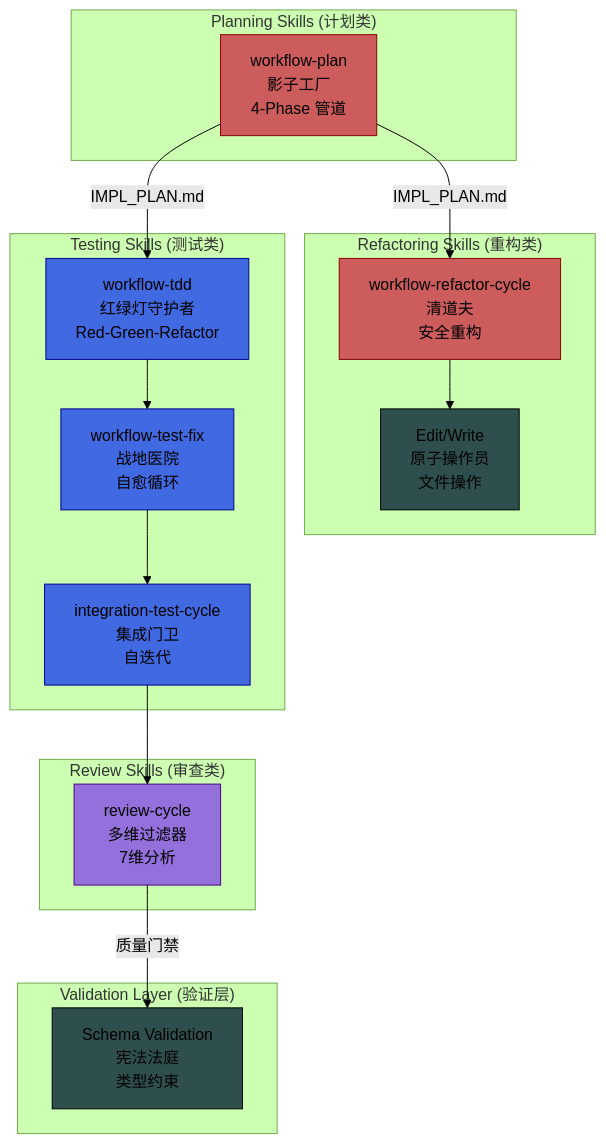
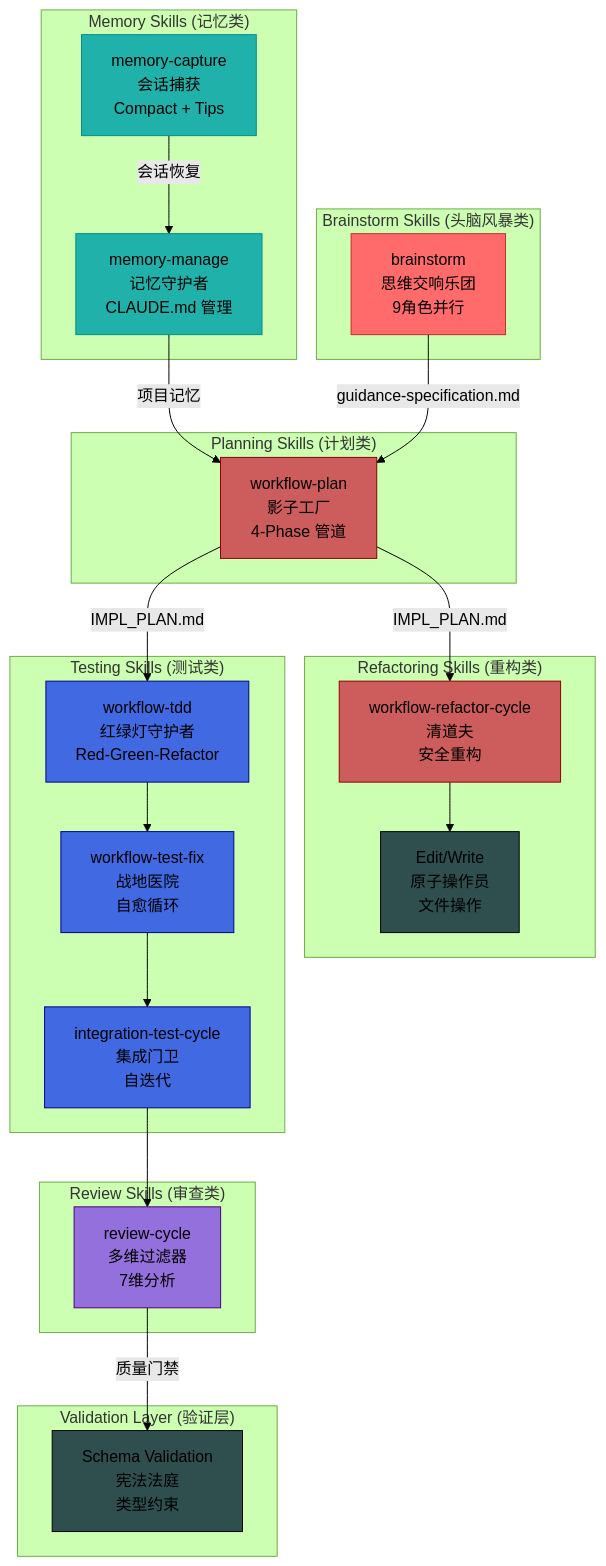
The diagram in docs/deep-study/part11-skills/INDEX.md (fenglimg/Claude-Code-Workflow), drawn with Mermaid (forest theme) before and after one commit. The commit also changed other lines of this file and 9 other files, not shown here.

````diff
--- a/docs/deep-study/part11-skills/INDEX.md
+++ b/docs/deep-study/part11-skills/INDEX.md
@@ -191,42 +228,57 @@
 ```mermaid
 graph TB
+    subgraph "Brainstorm Skills (头脑风暴类)"
+        F1["brainstorm<br/>思维交响乐团<br/>9角色并行"]
+    end
+
     subgraph "Planning Skills (计划类)"
         A1["workflow-plan<br/>影子工厂<br/>4-Phase 管道"]
     end
 
     subgraph "Refactoring Skills (重构类)"
         B1["workflow-refactor-cycle<br/>清道夫<br/>安全重构"]
         B2["Edit/Write<br/>原子操作员<br/>文件操作"]
     end
 
     subgraph "Testing Skills (测试类)"
         C1["workflow-tdd<br/>红绿灯守护者<br/>Red-Green-Refactor"]
         C2["workflow-test-fix<br/>战地医院<br/>自愈循环"]
         C3["integration-test-cycle<br/>集成门卫<br/>自迭代"]
     end
 
     subgraph "Review Skills (审查类)"
         D1["review-cycle<br/>多维过滤器<br/>7维分析"]
     end
 
     subgraph "Validation Layer (验证层)"
         E1["Schema Validation<br/>宪法法庭<br/>类型约束"]
     end
 
+    subgraph "Memory Skills (记忆类)"
+        G1["memory-manage<br/>记忆守护者<br/>CLAUDE.md 管理"]
+        G2["memory-capture<br/>会话捕获<br/>Compact + Tips"]
+    end
+
+    G1 -->|"项目记忆"| A1
+    G2 -->|"会话恢复"| G1
+    F1 -->|"guidance-specification.md"| A1
     A1 -->|"IMPL_PLAN.md"| B1
     A1 -->|"IMPL_PLAN.md"| C1
     B1 --> B2
     C1 --> C2
     C2 --> C3
     C3 --> D1
     D1 -->|"质量门禁"| E1
 
+    style F1 fill:#FF6B6B,stroke:#C92A2A
     style A1 fill:#CD5C5C,stroke:#8B0000
     style B1 fill:#CD5C5C,stroke:#8B0000
     style B2 fill:#2F4F4F,stroke:#000000
     style C1 fill:#4169E1,stroke:#00008B
     style C2 fill:#4169E1,stroke:#00008B
     style C3 fill:#4169E1,stroke:#00008B
     style D1 fill:#9370DB,stroke:#4B0082
     style E1 fill:#2F4F4F,stroke:#000000
+    style G1 fill:#20B2AA,stroke:#008B8B
+    style G2 fill:#20B2AA,stroke:#008B8B
 ```
````
